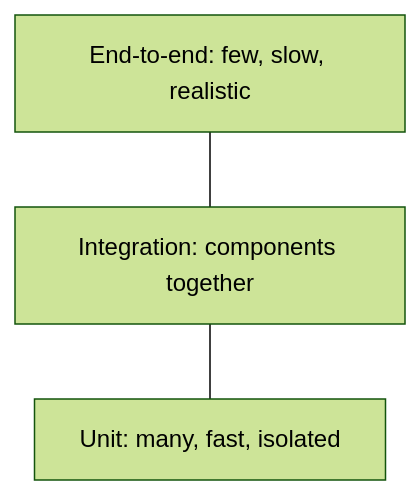
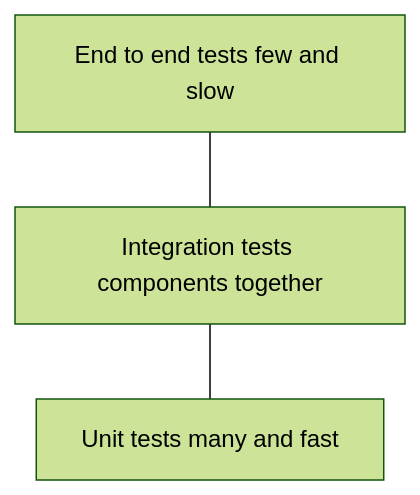
Before and after one commit to AthiraMohan14/Complete-Java-Resource-PlayBook: the first of 2 diagrams in docs/learning/foundations/testing-and-qa.md, drawn with Mermaid (forest theme). The commit also changed other lines of this file and 174 other files, not shown here.

````diff
--- a/docs/learning/foundations/testing-and-qa.md
+++ b/docs/learning/foundations/testing-and-qa.md
@@ -11,7 +18,7 @@
 ```mermaid
 flowchart TB
-    E2E[End-to-end: few, slow, realistic]
-    INT[Integration: components together]
-    UNIT[Unit: many, fast, isolated]
+    E2E[End to end tests few and slow]
+    INT[Integration tests components together]
+    UNIT[Unit tests many and fast]
     E2E --- INT --- UNIT
 ```
````
